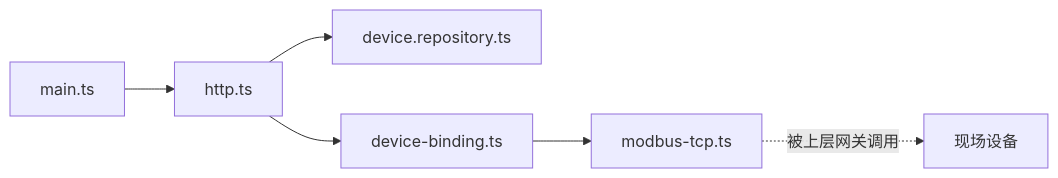
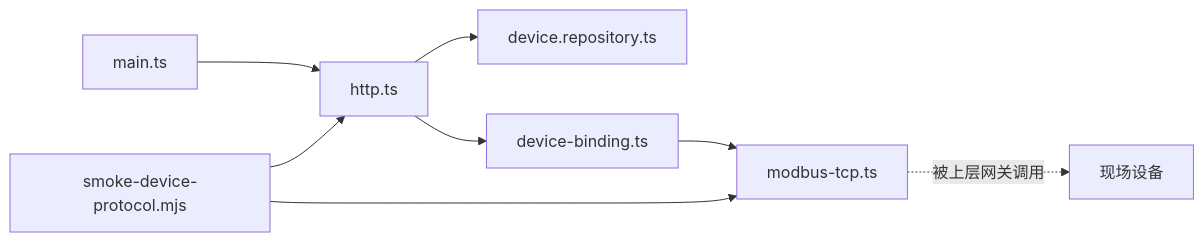
One commit to q446328246/agri-platform changed the eighth of 8 diagrams in .qoder/repowiki/zh/content/核心服务文档/物联网设备管理/Modbus TCP主站通信.md. Above: the diagram before and after it, drawn with Mermaid. The commit also changed other lines of this file and 25 other files, not shown here.

````diff
--- a/.qoder/repowiki/zh/content/核心服务文档/物联网设备管理/Modbus TCP主站通信.md
+++ b/.qoder/repowiki/zh/content/核心服务文档/物联网设备管理/Modbus TCP主站通信.md
@@ -389,8 +432,10 @@
 ```mermaid
 graph LR
 Main["main.ts"] --> Http["http.ts"]
 Http --> Repo["device.repository.ts"]
 Http --> Binding["device-binding.ts"]
 Binding --> Modbus["modbus-tcp.ts"]
 Modbus -. "被上层网关调用" .-> Device["现场设备"]
+SmokeTest["smoke-device-protocol.mjs"] --> Http
+SmokeTest --> Modbus
 ```
````
